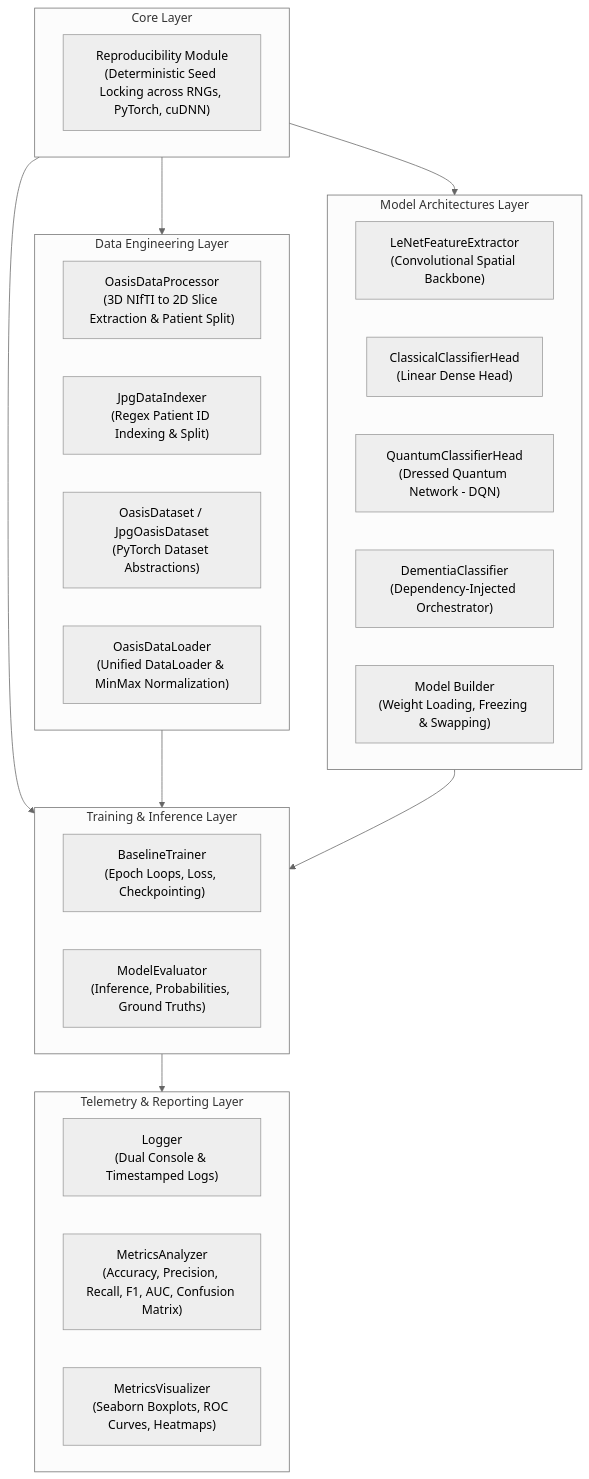
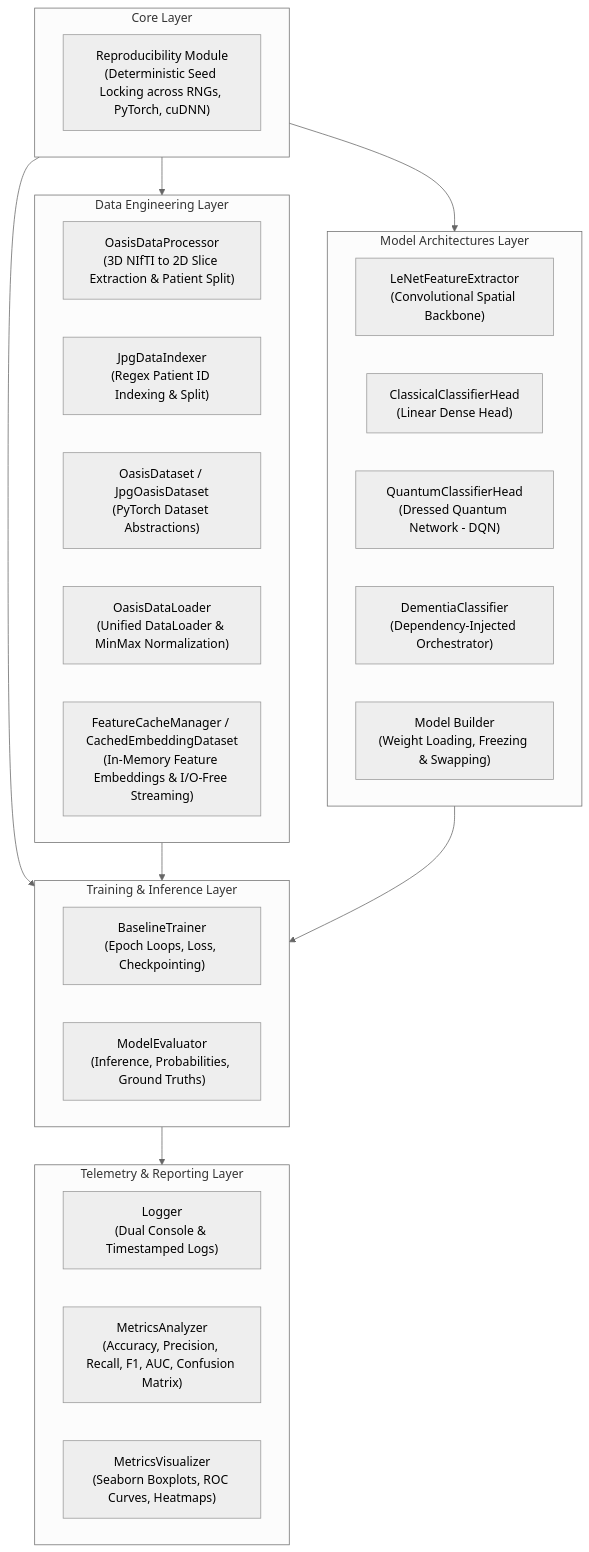
Before and after one commit to IC-QML-QTL-Dementia-Detection/dementia-boost: the first of 5 diagrams in docs/architecture.md, drawn with Mermaid (neutral theme). The commit also changed other lines of this file and 6 other files, not shown here.

Commit message:
feat(data): implement in-memory embedding caching and dataset abstractions

````diff
--- a/docs/architecture.md
+++ b/docs/architecture.md
@@ -11,39 +11,40 @@
 ```mermaid
 flowchart TD
     subgraph Core ["Core Layer"]
         REP["Reproducibility Module<br/>(Deterministic Seed Locking across RNGs, PyTorch, cuDNN)"]
     end
 
     subgraph Data ["Data Engineering Layer"]
         ETL_NIFTI["OasisDataProcessor<br/>(3D NIfTI to 2D Slice Extraction & Patient Split)"]
         ETL_JPG["JpgDataIndexer<br/>(Regex Patient ID Indexing & Split)"]
         DS["OasisDataset / JpgOasisDataset<br/>(PyTorch Dataset Abstractions)"]
         DL["OasisDataLoader<br/>(Unified DataLoader & MinMax Normalization)"]
+        CACHE["FeatureCacheManager / CachedEmbeddingDataset<br/>(In-Memory Feature Embeddings & I/O-Free Streaming)"]
     end
 
     subgraph Models ["Model Architectures Layer"]
         FE["LeNetFeatureExtractor<br/>(Convolutional Spatial Backbone)"]
         CH["ClassicalClassifierHead<br/>(Linear Dense Head)"]
         QH["QuantumClassifierHead<br/>(Dressed Quantum Network - DQN)"]
         DC["DementiaClassifier<br/>(Dependency-Injected Orchestrator)"]
         BUILDER["Model Builder<br/>(Weight Loading, Freezing & Swapping)"]
     end
 
     subgraph Training ["Training & Inference Layer"]
         TR["BaselineTrainer<br/>(Epoch Loops, Loss, Checkpointing)"]
         EV["ModelEvaluator<br/>(Inference, Probabilities, Ground Truths)"]
     end
 
     subgraph Telemetry ["Telemetry & Reporting Layer"]
         LOG["Logger<br/>(Dual Console & Timestamped Logs)"]
         MET["MetricsAnalyzer<br/>(Accuracy, Precision, Recall, F1, AUC, Confusion Matrix)"]
         VIS["MetricsVisualizer<br/>(Seaborn Boxplots, ROC Curves, Heatmaps)"]
     end
 
     Core --> Data
     Core --> Models
     Core --> Training
     Data --> Training
     Models --> Training
     Training --> Telemetry
 ```
````
